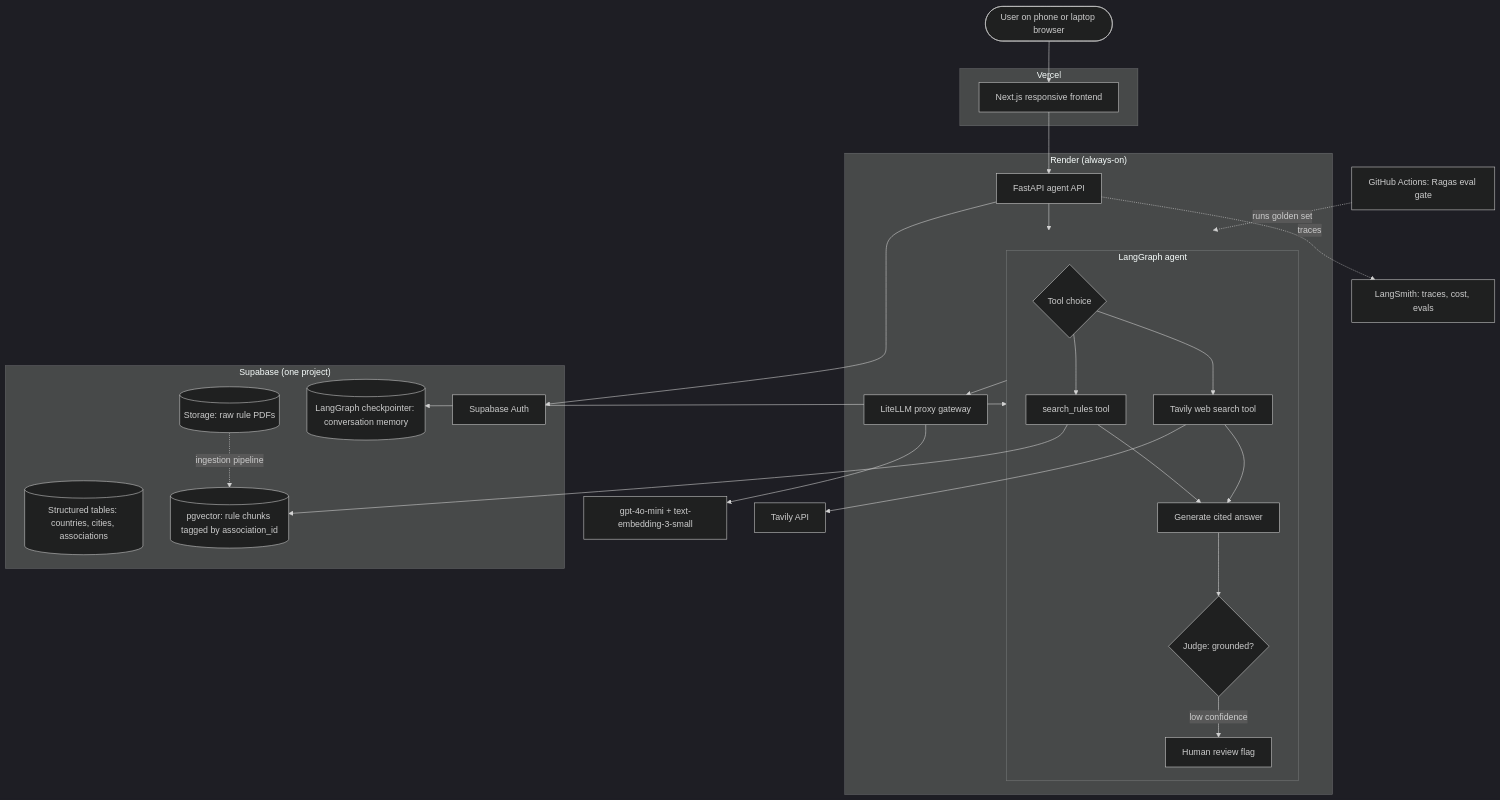
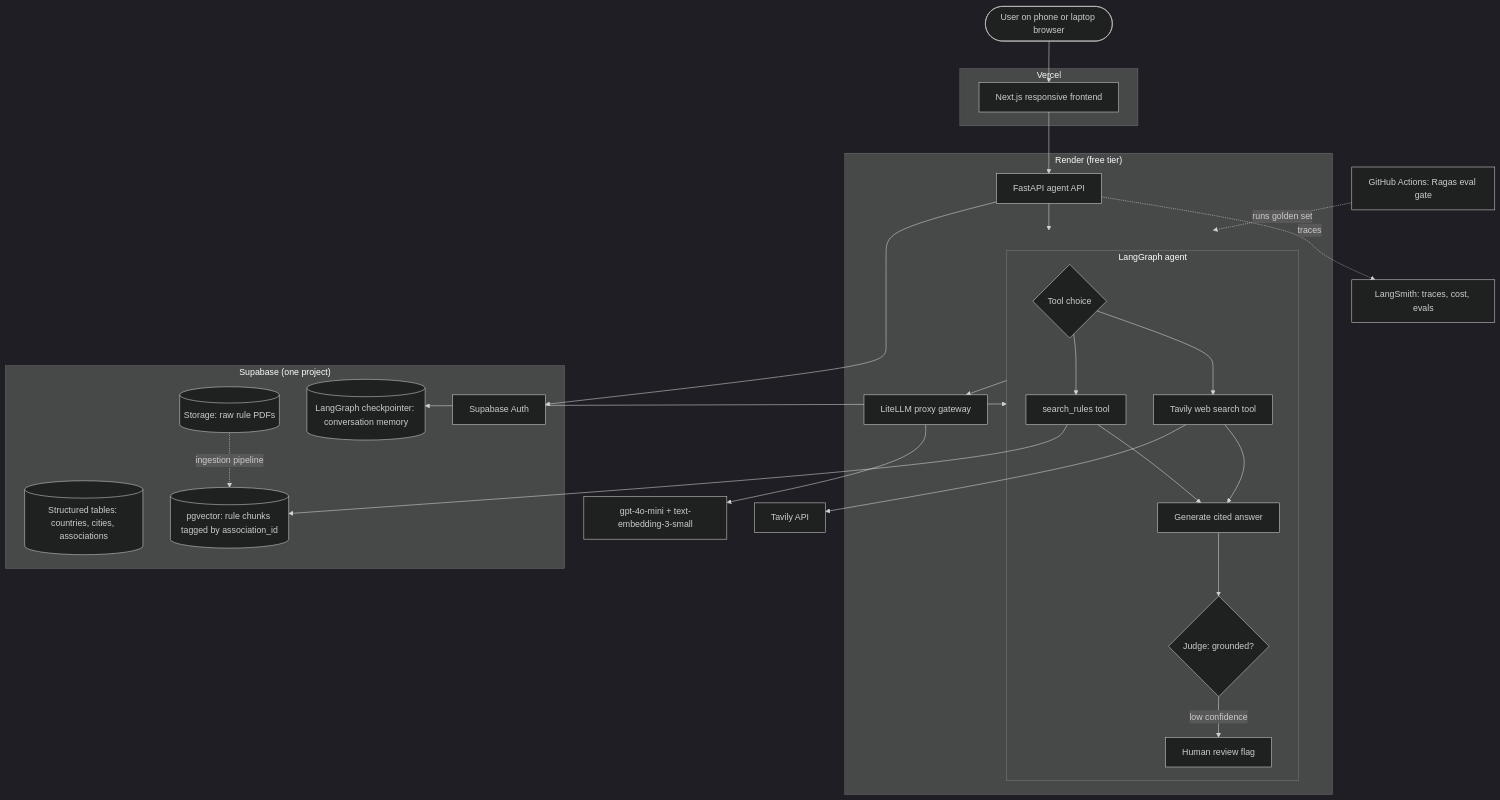
One commit to ImranQasim/lexisport-cricket-rule-agent changed the diagram in docs/submission.md. Above: the diagram before and after it, drawn with Mermaid (dark theme). The commit also changed other lines of this file and 1 other file, not shown here.

Commit message:
tech: change to free teir

````diff
--- a/docs/submission.md
+++ b/docs/submission.md
@@ -19,49 +19,49 @@
 ```mermaid
 flowchart TD
     User([User on phone or laptop browser])
 
     subgraph Vercel["Vercel"]
         FE[Next.js responsive frontend]
     end
 
-    subgraph Render["Render (always-on)"]
+    subgraph Render["Render (free tier)"]
         API[FastAPI agent API]
         Gateway[LiteLLM proxy gateway]
         subgraph Agent["LangGraph agent"]
             Route{Tool choice}
             Rules[search_rules tool]
             Web[Tavily web search tool]
             Gen[Generate cited answer]
             Judge{Judge: grounded?}
             Review[Human review flag]
         end
     end
 
     subgraph Supabase["Supabase (one project)"]
         SQL[(Structured tables: countries, cities, associations)]
         Vec[(pgvector: rule chunks tagged by association_id)]
         Bucket[(Storage: raw rule PDFs)]
         Mem[(LangGraph checkpointer: conversation memory)]
         Auth[Supabase Auth]
     end
 
     OpenAI[gpt-4o-mini + text-embedding-3-small]
     Tavily[Tavily API]
     LS[LangSmith: traces, cost, evals]
     CI[GitHub Actions: Ragas eval gate]
 
     User --> FE --> API
     API --> Auth
     API --> Agent
     Route --> Rules --> Vec
     Route --> Web --> Tavily
     Rules --> Gen
     Web --> Gen
     Gen --> Judge
     Judge -->|low confidence| Review
     Agent <--> Mem
     Agent --> Gateway --> OpenAI
     Bucket -. ingestion pipeline .-> Vec
     API -. traces .-> LS
     CI -. runs golden set .-> Agent
 ```
````
